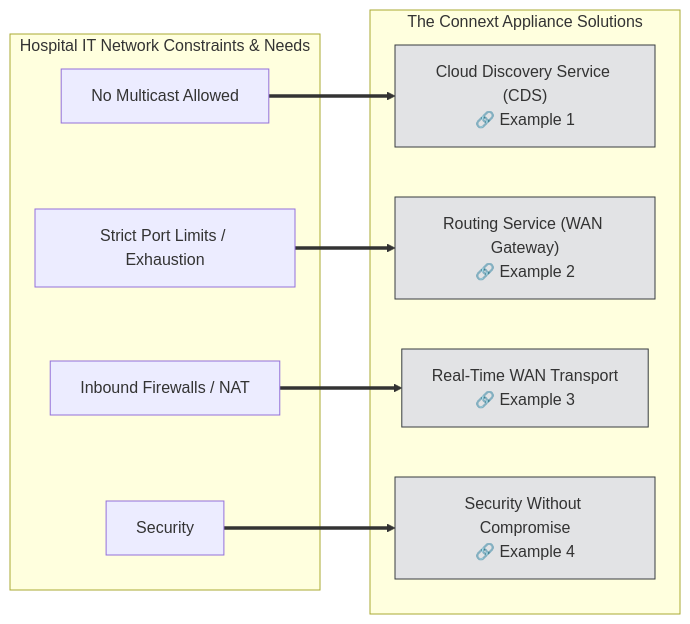
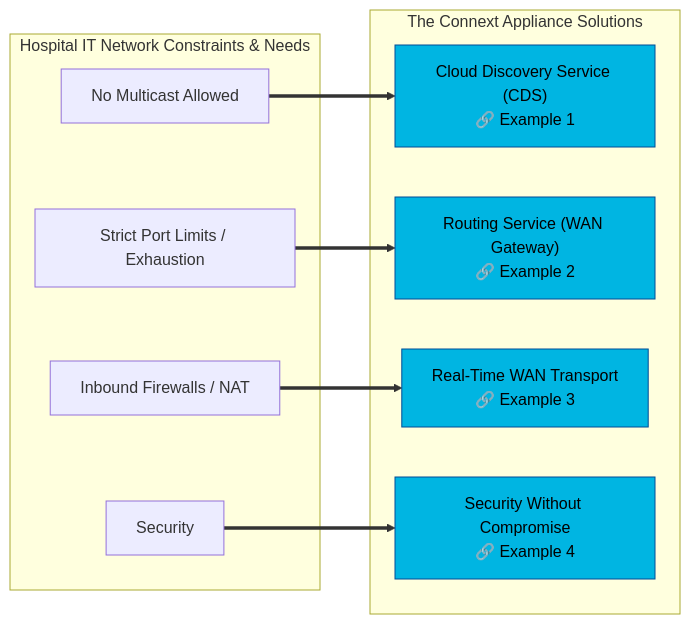
One commit to ajmhs/connext_appliance changed the first of 2 diagrams in examples/README.md. Above: the diagram before and after it, drawn with Mermaid. The commit also changed other lines of this file and 8 other files, not shown here.

````diff
--- a/examples/README.md
+++ b/examples/README.md
@@ -6,26 +50,26 @@
 ```mermaid
 graph LR
     subgraph "Hospital IT Network Constraints & Needs"
         C1[No Multicast Allowed]
         C2[Strict Port Limits / Exhaustion]
         C3[Inbound Firewalls / NAT]
         C4[Security]
     end
 
     subgraph "The Connext Appliance Solutions"
         Service1["Cloud Discovery Service (CDS)<br>🔗 Example 1"]
         Service2["Routing Service (WAN Gateway)<br>🔗 Example 2"]
         Service3["Real-Time WAN Transport<br>🔗 Example 3"]
         Service4["Security Without Compromise<br>🔗 Example 4"]
     end
 
     C1 ==> Service1
     C2 ==> Service2
     C3 ==> Service3
     C4 ==> Service4
 
-    style Service1 fill:#e2e3e5,stroke:#383d41
-    style Service2 fill:#e2e3e5,stroke:#383d41
-    style Service3 fill:#e2e3e5,stroke:#383d41
-    style Service4 fill:#e2e3e5,stroke:#383d41
+    style Service1 fill:#00B5E2,stroke:#004C97,color:#000
+    style Service2 fill:#00B5E2,stroke:#004C97,color:#000
+    style Service3 fill:#00B5E2,stroke:#004C97,color:#000
+    style Service4 fill:#00B5E2,stroke:#004C97,color:#000
 ```
````
